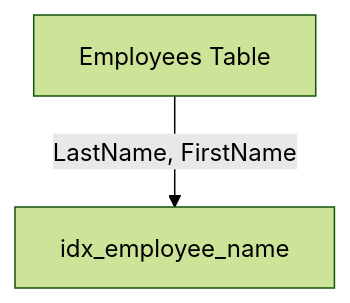
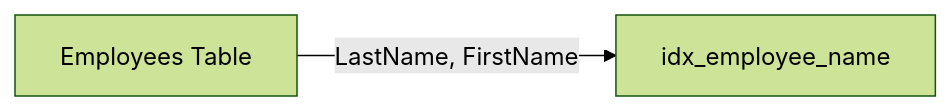
One commit to 42jerrykim/42jerrykim.github.io changed the seventh of 10 diagrams in content/post/2024/2024-08-28-sql-index/index.md. Above: the diagram before and after it, drawn with Mermaid (forest theme). The commit also changed other lines of this file and 239 other files, not shown here.

````diff
--- a/content/post/2024/2024-08-28-sql-index/index.md
+++ b/content/post/2024/2024-08-28-sql-index/index.md
@@ -553,4 +408,6 @@
 ```mermaid
-graph TD;
-    A[Employees Table] -->|LastName, FirstName| B[idx_employee_name]
+graph LR
+    empTable["Employees Table"]
+    idxName["idx_employee_name"]
+    empTable -->|"LastName, FirstName"| idxName
 ```
````
